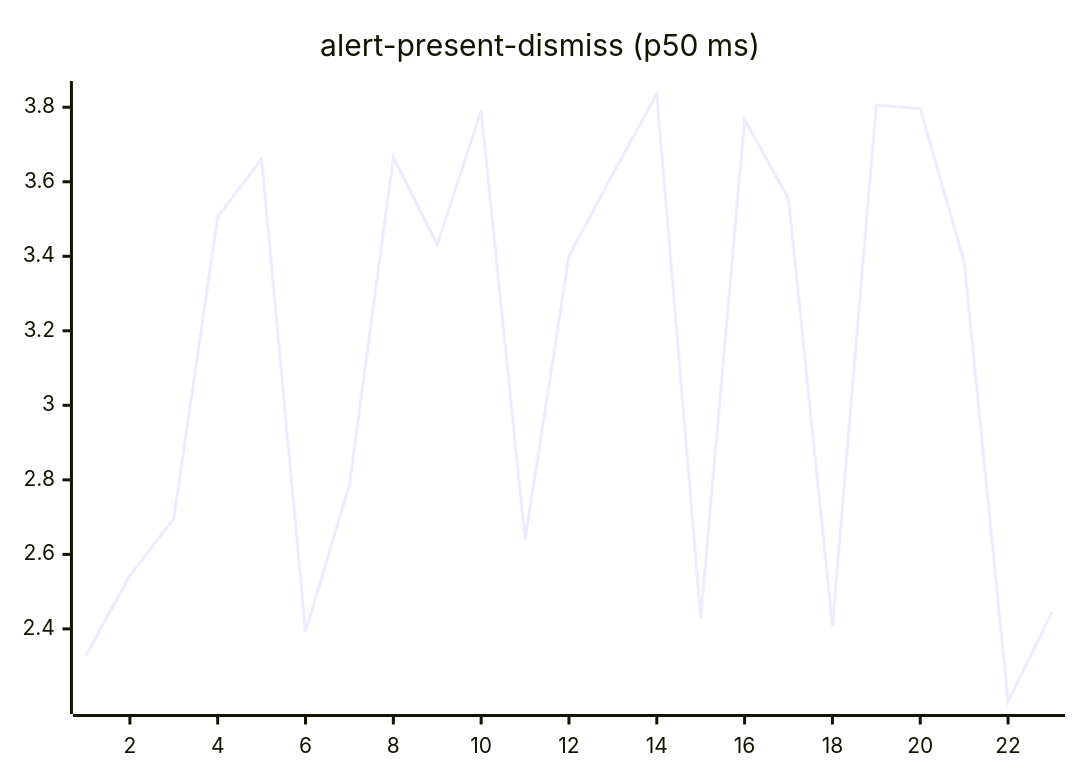
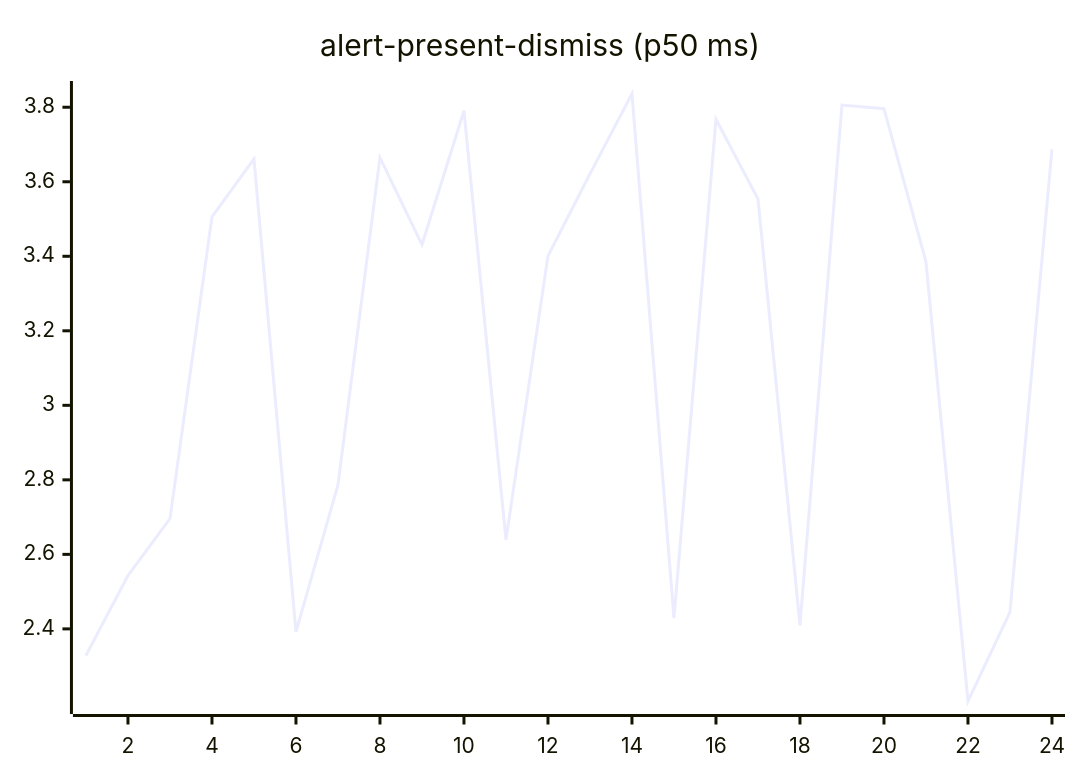
One commit to josha/Facet changed the second of 27 diagrams in README.md. Above: the diagram before and after it, drawn with Mermaid. The commit also changed other lines of this file and 2 other files, not shown here.

````diff
--- a/README.md
+++ b/README.md
@@ -70,6 +70,6 @@
 ```mermaid
 xychart-beta
     title "alert-present-dismiss (p50 ms)"
-    x-axis 1 --> 23
-    line [2.3284, 2.5432, 2.6957, 3.5058, 3.6611, 2.3918, 2.7865, 3.6648, 3.4312, 3.7906, 2.6392, 3.4008, 3.6212, 3.8362, 2.4288, 3.7676, 3.5538, 2.4095, 3.8060, 3.7961, 3.3851, 2.2058, 2.4450]
+    x-axis 1 --> 24
+    line [2.3284, 2.5432, 2.6957, 3.5058, 3.6611, 2.3918, 2.7865, 3.6648, 3.4312, 3.7906, 2.6392, 3.4008, 3.6212, 3.8362, 2.4288, 3.7676, 3.5538, 2.4095, 3.8060, 3.7961, 3.3851, 2.2058, 2.4450, 3.6869]
 ```
````
